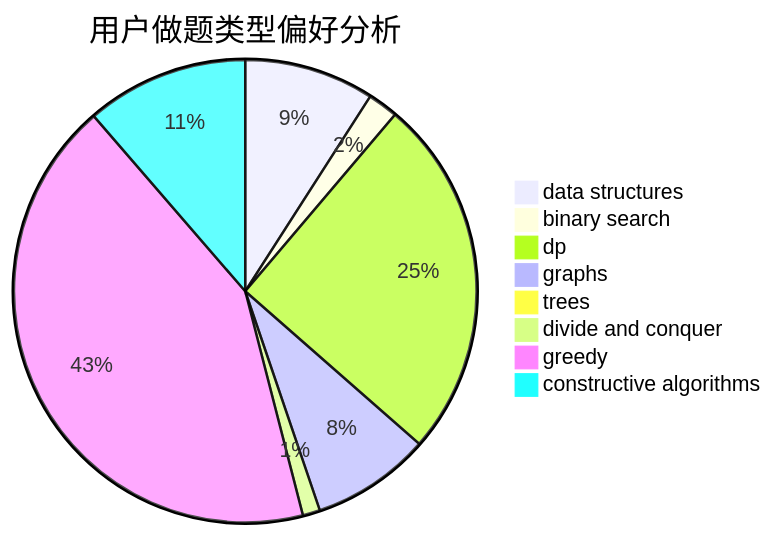
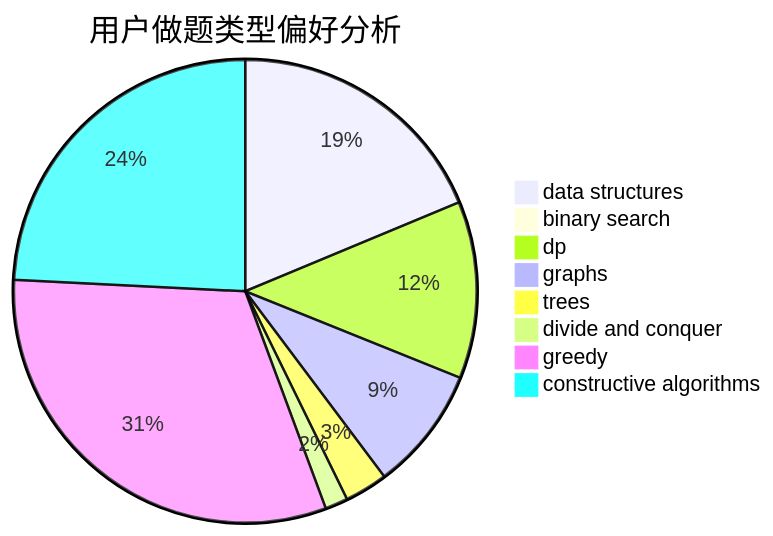
One commit to sherpahu/cfrs.github.io changed the second of 3 diagrams in docs/user/u1162.md. Above: the diagram before and after it, drawn with Mermaid. The commit also changed other lines of this file and 2770 other files, not shown here.

````diff
--- a/docs/user/u1162.md
+++ b/docs/user/u1162.md
@@ -23,11 +23,11 @@
 ```mermaid
 pie title 用户做题类型偏好分析
-    "data structures" :  60
-    "binary search" :  14
-    "dp" :  167
-    "graphs" :  55
-    "trees" :  0
-    "divide and conquer" :  8
-    "greedy" :  282
-    "constructive algorithms" :  75
+    "data structures" :  106
+    "binary search" :  5
+    "dp" :  70
+    "graphs" :  49
+    "trees" :  17
+    "divide and conquer" :  9
+    "greedy" :  178
+    "constructive algorithms" :  137
 ```
````
